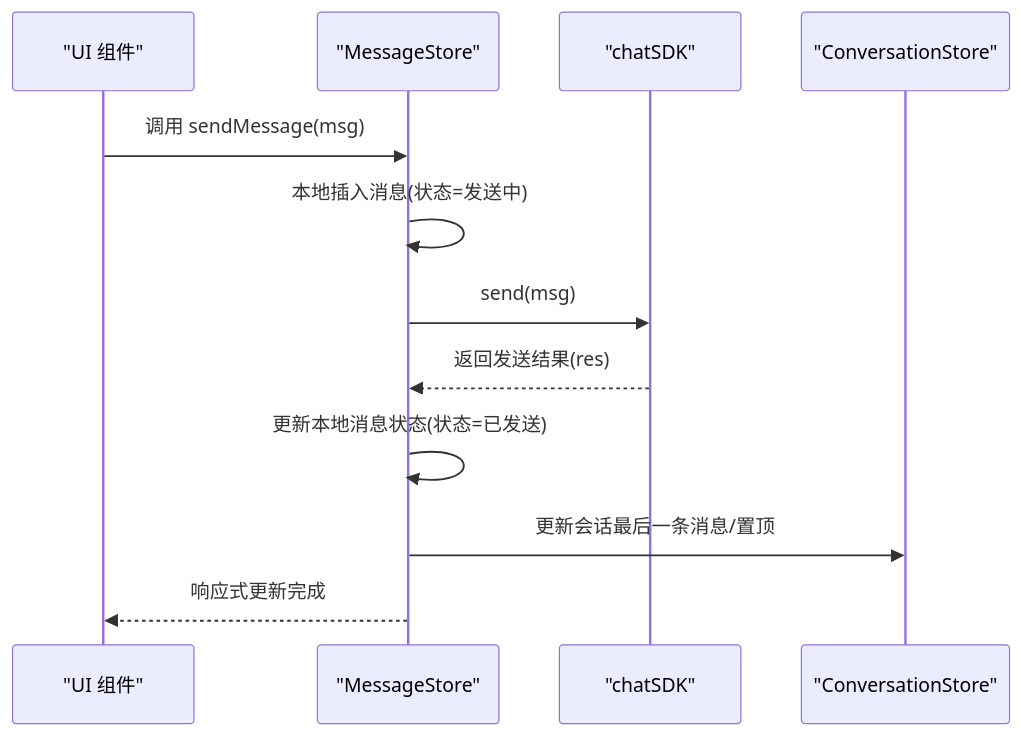
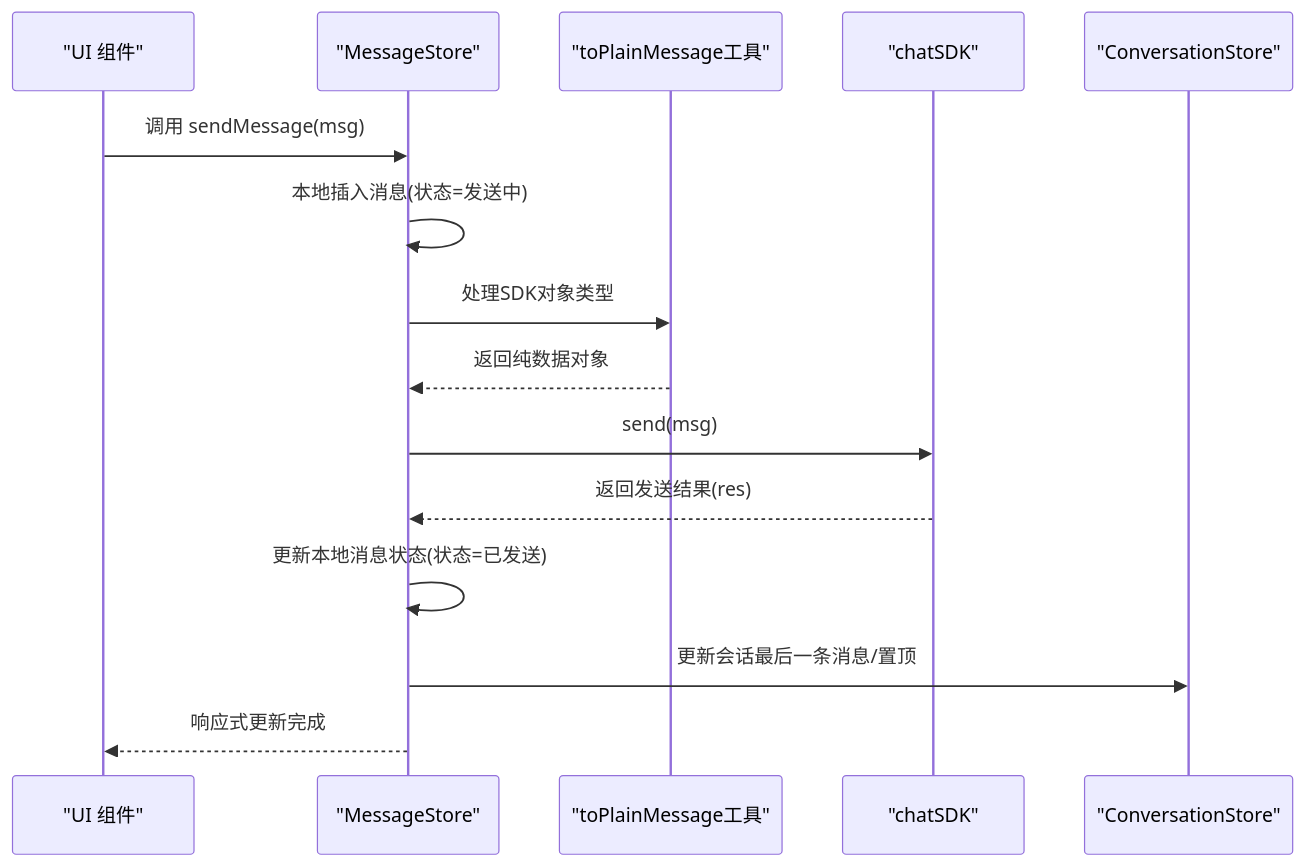
The second of 11 diagrams in .qoder/repowiki/zh/content/状态管理系统/消息状态管理.md (Easemob-Community/easemob-uikit-uniapp-community), drawn with Mermaid before and after one commit. The commit also changed other lines of this file and 10 other files, not shown here.

````diff
--- a/.qoder/repowiki/zh/content/状态管理系统/消息状态管理.md
+++ b/.qoder/repowiki/zh/content/状态管理系统/消息状态管理.md
@@ -164,14 +177,17 @@
 ```mermaid
 sequenceDiagram
 participant UI as "UI 组件"
 participant MS as "MessageStore"
+participant TM as "toPlainMessage工具"
 participant SDK as "chatSDK"
 participant CS as "ConversationStore"
 UI->>MS : 调用 sendMessage(msg)
 MS->>MS : 本地插入消息(状态=发送中)
+MS->>TM : 处理SDK对象类型
+TM-->>MS : 返回纯数据对象
 MS->>SDK : send(msg)
 SDK-->>MS : 返回发送结果(res)
 MS->>MS : 更新本地消息状态(状态=已发送)
 MS->>CS : 更新会话最后一条消息/置顶
 MS-->>UI : 响应式更新完成
 ```
````
